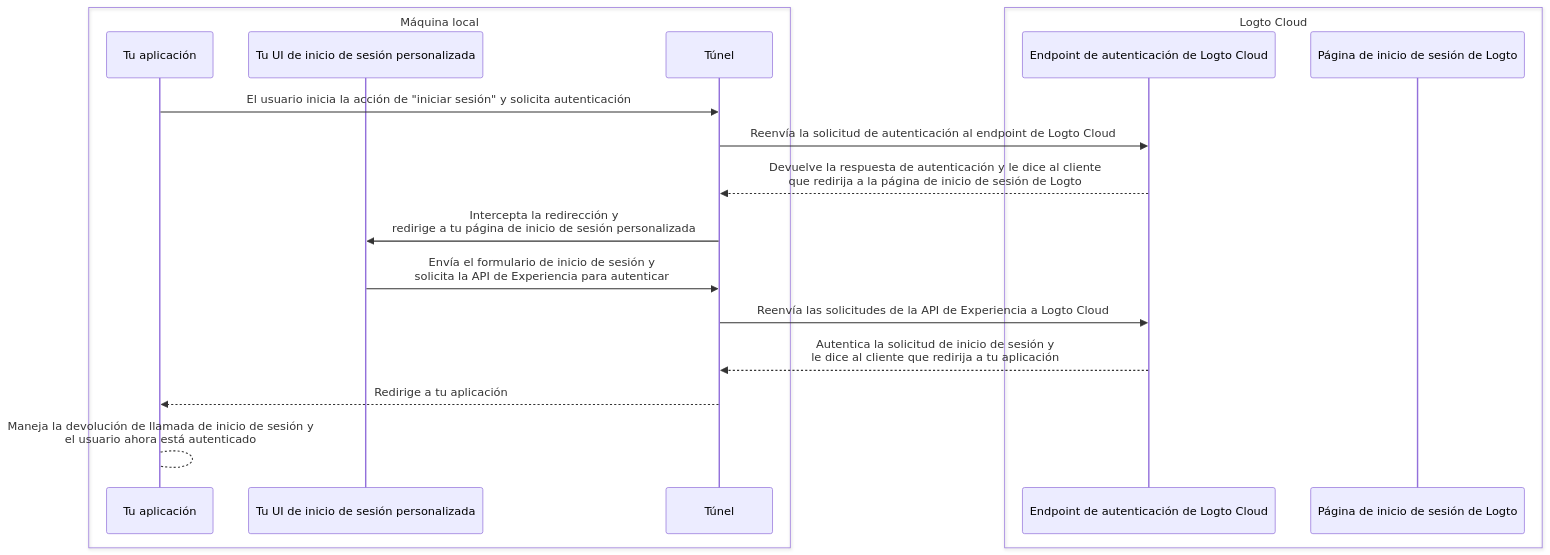
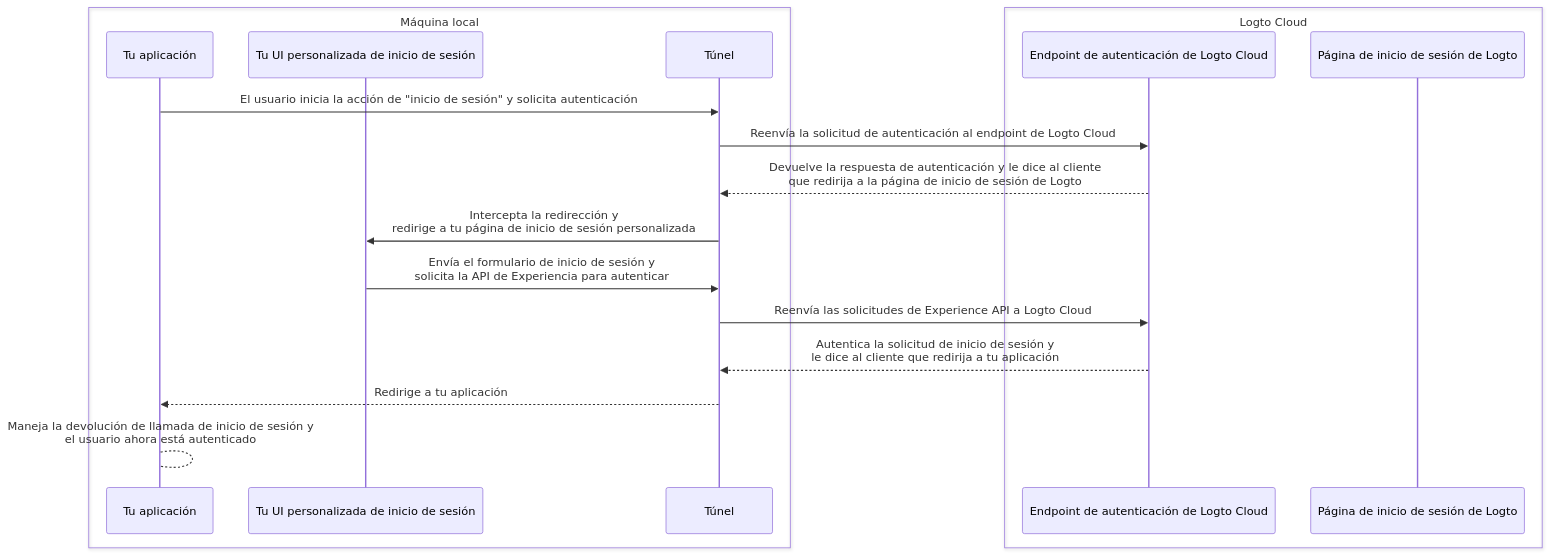
One commit to logto-io/docs changed the second of 2 diagrams in i18n/es/docusaurus-plugin-content-docs/current/customization/bring-your-ui/debug-and-test-your-custom-ui-locally.mdx. Above: the diagram before and after it, drawn with Mermaid. The commit also changed other lines of this file and 234 other files, not shown here.

````diff
--- a/i18n/es/docusaurus-plugin-content-docs/current/customization/bring-your-ui/debug-and-test-your-custom-ui-locally.mdx
+++ b/i18n/es/docusaurus-plugin-content-docs/current/customization/bring-your-ui/debug-and-test-your-custom-ui-locally.mdx
@@ -42,21 +42,21 @@
 ```mermaid
 sequenceDiagram
     box Máquina local
     participant A as Tu aplicación
-    participant B as Tu UI de inicio de sesión personalizada
+    participant B as Tu UI personalizada de inicio de sesión
     participant C as Túnel
     end
     box Logto Cloud
     participant D as Endpoint de autenticación de Logto Cloud
     participant E as Página de inicio de sesión de Logto
     end
-    A ->> C: El usuario inicia la acción de "iniciar sesión" y solicita autenticación
+    A ->> C: El usuario inicia la acción de "inicio de sesión" y solicita autenticación
     C ->> D: Reenvía la solicitud de autenticación al endpoint de Logto Cloud
     D -->> C: Devuelve la respuesta de autenticación y le dice al cliente<br/>que redirija a la página de inicio de sesión de Logto
     C ->> B: Intercepta la redirección y<br/>redirige a tu página de inicio de sesión personalizada
     B ->> C: Envía el formulario de inicio de sesión y<br/>solicita la API de Experiencia para autenticar
-    C ->> D: Reenvía las solicitudes de la API de Experiencia a Logto Cloud
+    C ->> D: Reenvía las solicitudes de Experience API a Logto Cloud
     D -->> C: Autentica la solicitud de inicio de sesión y<br/>le dice al cliente que redirija a tu aplicación
     C -->> A: Redirige a tu aplicación
     A --> A: Maneja la devolución de llamada de inicio de sesión y<br/>el usuario ahora está autenticado
 ```
````
